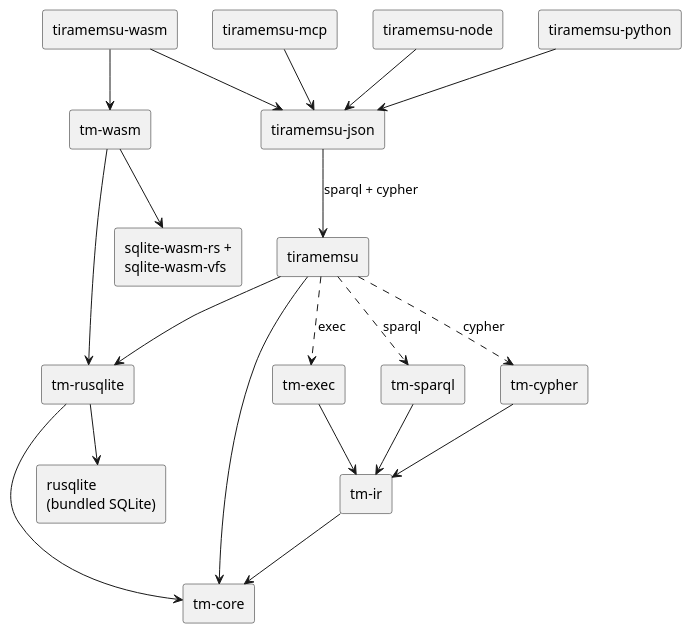
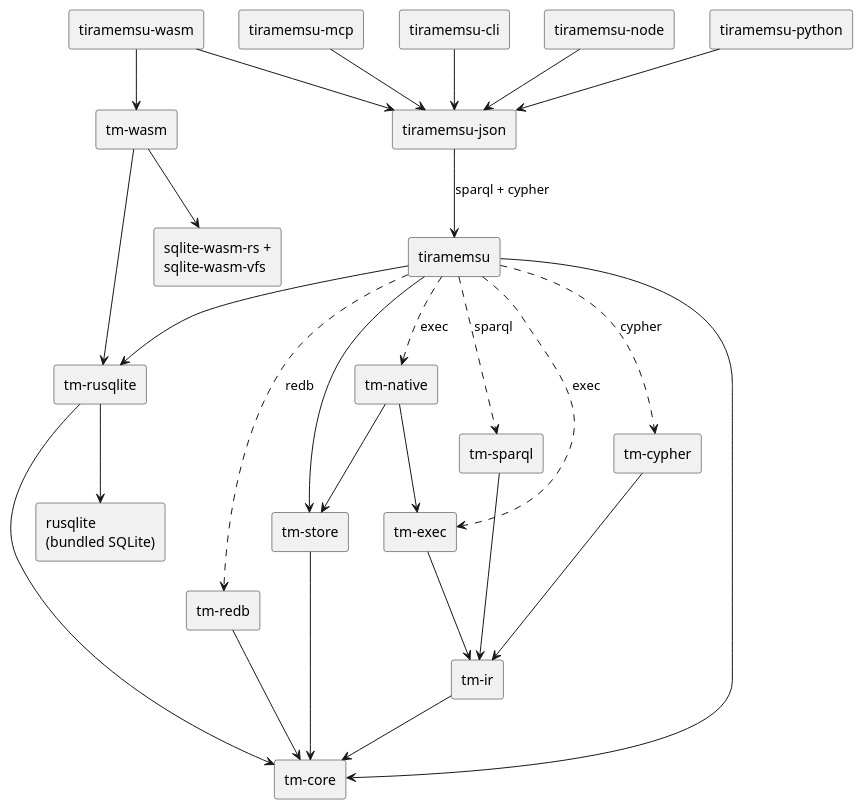
One commit to Volland/tiramemsu changed the second of 4 diagrams in lat.md/architecture.md. Above: the diagram before and after it, drawn with PlantUML. The commit also changed other lines of this file and 184 other files, not shown here.

````diff
--- a/lat.md/architecture.md
+++ b/lat.md/architecture.md
@@ -133,42 +140,54 @@
 ```plantuml
 @startuml crates
 skinparam componentStyle rectangle
 skinparam shadowing false
 
 [tm-core] as CORE
+[tm-store] as STORE
+[tm-redb] as REDB
+[tm-native] as NATIVE
 [tm-rusqlite] as RUSQ
 [tm-wasm] as WASM
 [tm-ir] as IR
 [tm-exec] as EXEC
 [tm-sparql] as SPARQL
 [tm-cypher] as CYPHER
 [tiramemsu] as FACADE
 [tiramemsu-json] as JSON
 [tiramemsu-mcp] as MCP
+[tiramemsu-cli] as CLI
 [tiramemsu-node] as NODE
 [tiramemsu-python] as PY
 [tiramemsu-wasm] as BWASM
 [rusqlite\n(bundled SQLite)] as RUSQLITE
 [sqlite-wasm-rs +\nsqlite-wasm-vfs] as SWASM
 
+STORE --> CORE
+REDB --> CORE
+NATIVE --> STORE
+NATIVE --> EXEC
 RUSQ --> CORE
 RUSQ --> RUSQLITE
 WASM --> RUSQ
 WASM --> SWASM
 IR --> CORE
 EXEC --> IR
 SPARQL --> IR
 CYPHER --> IR
 FACADE --> CORE
 FACADE --> RUSQ
 FACADE ..> EXEC : exec
 FACADE ..> SPARQL : sparql
 FACADE ..> CYPHER : cypher
+FACADE --> STORE
+FACADE ..> REDB : redb
+FACADE ..> NATIVE : exec
+CLI --> JSON
 JSON --> FACADE : sparql + cypher
 MCP --> JSON
 NODE --> JSON
 PY --> JSON
 BWASM --> JSON
 BWASM --> WASM
 @enduml
 ```
````
